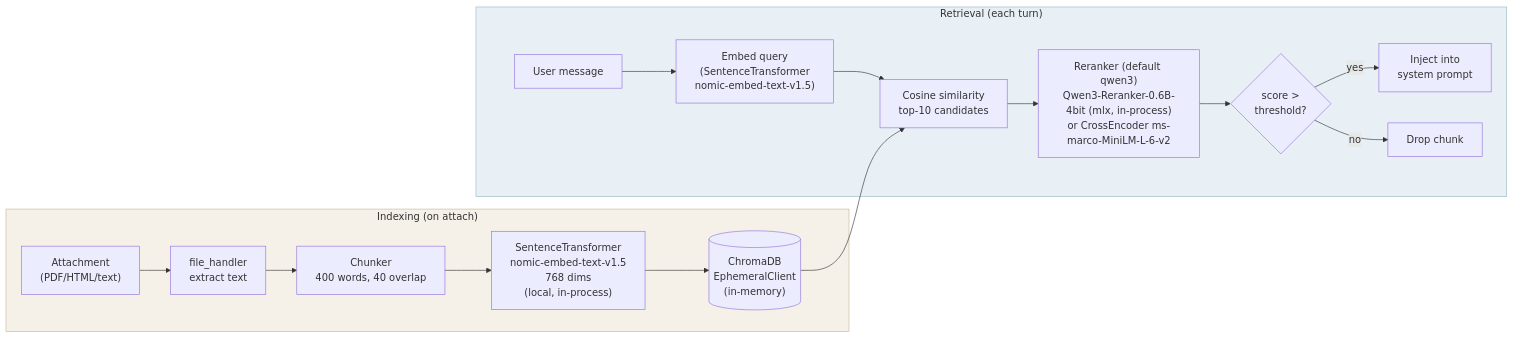
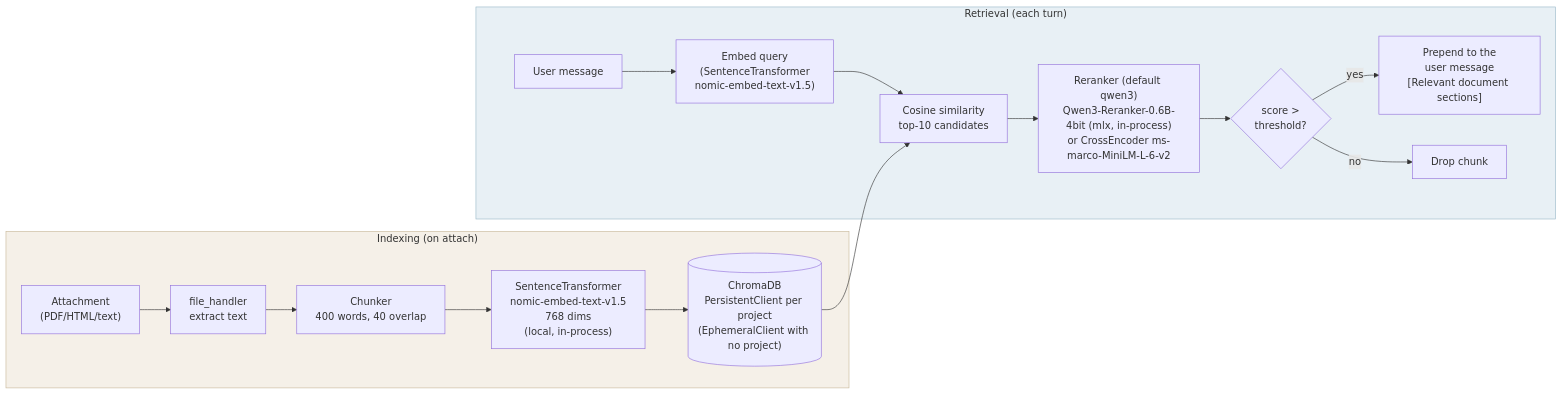
The fourth of 6 diagrams in docs/diagram.md (mabaeyens/mira-core), drawn with Mermaid before and after one commit. The commit also changed 21 other files, not shown here.

````diff
--- a/docs/diagram.md
+++ b/docs/diagram.md
@@ -135,22 +135,22 @@
 ```mermaid
 flowchart LR
     subgraph ingest["Indexing (on attach)"]
         FILE["Attachment\n(PDF/HTML/text)"] --> FH["file_handler\nextract text"]
         FH --> CHUNK["Chunker\n400 words, 40 overlap"]
         CHUNK --> EMBED["SentenceTransformer\nnomic-embed-text-v1.5\n768 dims\n(local, in-process)"]
-        EMBED --> CHROMA[("ChromaDB\nEphemeralClient\n(in-memory)")]
+        EMBED --> CHROMA[("ChromaDB\nPersistentClient per project\n(EphemeralClient with no project)")]
     end
 
     subgraph query["Retrieval (each turn)"]
         Q["User message"] --> QE["Embed query\n(SentenceTransformer\nnomic-embed-text-v1.5)"]
         QE --> RET["Cosine similarity\ntop-10 candidates"]
         CHROMA --> RET
         RET --> RERANK["Reranker (default qwen3)\nQwen3-Reranker-0.6B-4bit (mlx, in-process)\nor CrossEncoder ms-marco-MiniLM-L-6-v2"]
         RERANK --> FILTER{"score >\nthreshold?"}
-        FILTER -->|yes| INJECT["Inject into\nsystem prompt"]
+        FILTER -->|yes| INJECT["Prepend to the\nuser message\n[Relevant document sections]"]
         FILTER -->|no| DROP["Drop chunk"]
     end
 
     style ingest fill:#f5f0e8,stroke:#c8b89a
     style query fill:#e8f0f5,stroke:#9ab8c8
 ```
````
